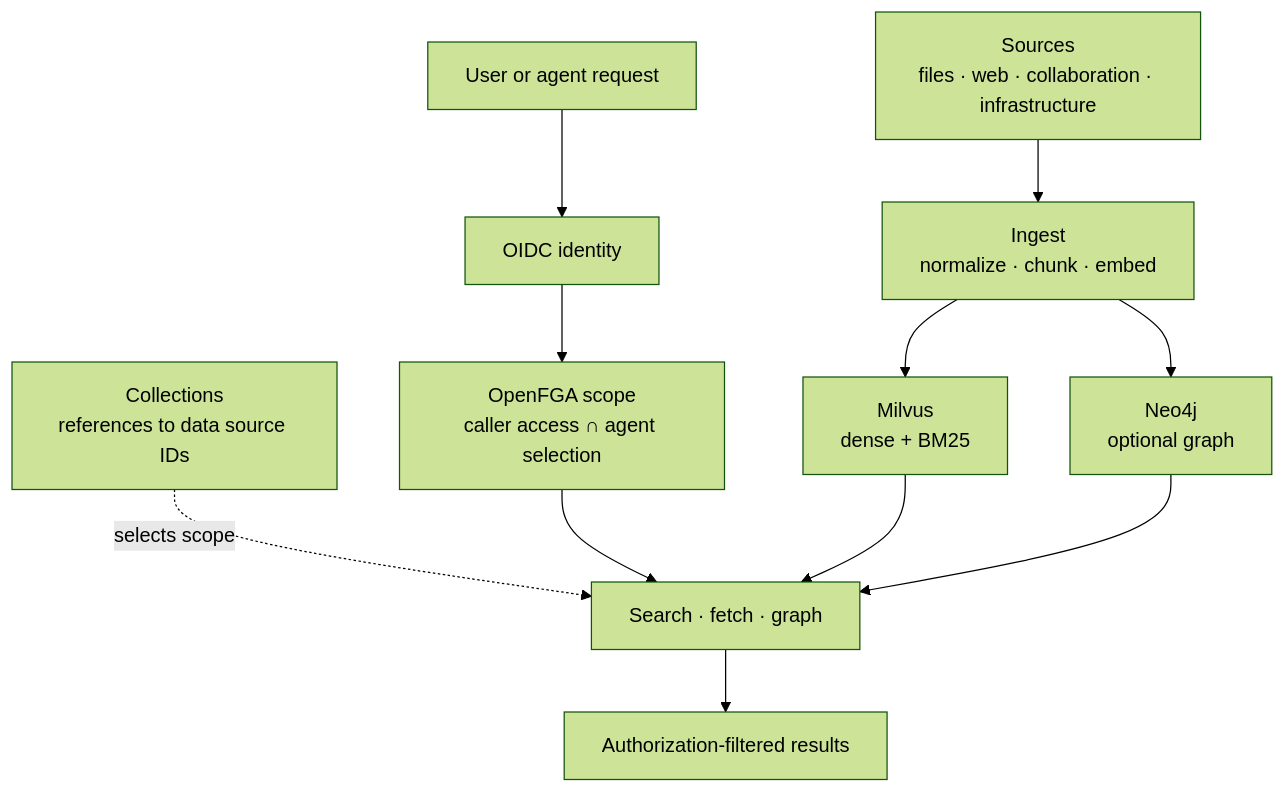
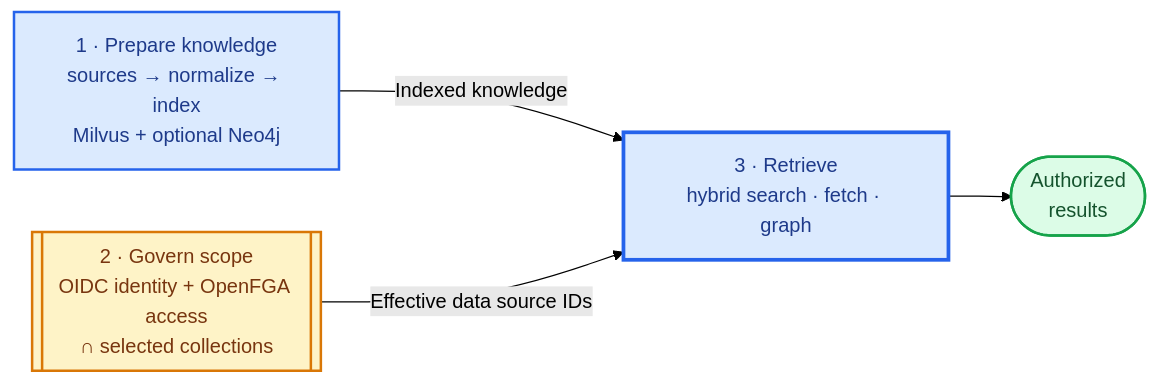
One commit to cnoe-io/ai-platform-engineering changed the diagram in docs/docs/knowledge_bases/index.md. Above: the diagram before and after it, drawn with Mermaid (forest theme). The commit also changed 3 other files, not shown here.

Commit message:
docs(features): improve feature diagrams

````diff
--- a/docs/docs/knowledge_bases/index.md
+++ b/docs/docs/knowledge_bases/index.md
@@ -13,22 +13,21 @@
 ```mermaid
-flowchart TB
-  S["Sources<br/>files · web · collaboration · infrastructure"]
-  I["Ingest<br/>normalize · chunk · embed"]
-  V["Milvus<br/>dense + BM25"]
-  N["Neo4j<br/>optional graph"]
-  C["Collections<br/>references to data source IDs"]
-  U["User or agent request"]
-  A["OIDC identity"]
-  X["OpenFGA scope<br/>caller access ∩ agent selection"]
-  Q["Search · fetch · graph"]
-  R["Authorization-filtered results"]
+flowchart LR
+  S["1 · Prepare knowledge<br/>sources → normalize → index<br/>Milvus + optional Neo4j"]
+  G[["2 · Govern scope<br/>OIDC identity + OpenFGA access<br/>∩ selected collections"]]
+  Q["3 · Retrieve<br/>hybrid search · fetch · graph"]
+  R(["Authorized<br/>results"])
 
-  S --> I
-  I --> V
-  I --> N
-  C -. "selects scope" .-> Q
-  U --> A --> X --> Q
-  V --> Q
-  N --> Q
+  S -->|"Indexed knowledge"| Q
+  G -->|"Effective data source IDs"| Q
   Q --> R
+
+  classDef process fill:#dbeafe,stroke:#2563eb,color:#1e3a8a,stroke-width:2px
+  classDef policy fill:#fef3c7,stroke:#d97706,color:#78350f,stroke-width:2px
+  classDef query fill:#dbeafe,stroke:#2563eb,color:#1e3a8a,stroke-width:3px
+  classDef outcome fill:#dcfce7,stroke:#16a34a,color:#14532d,stroke-width:2px
+
+  class S process
+  class G policy
+  class Q query
+  class R outcome
 ```
````
